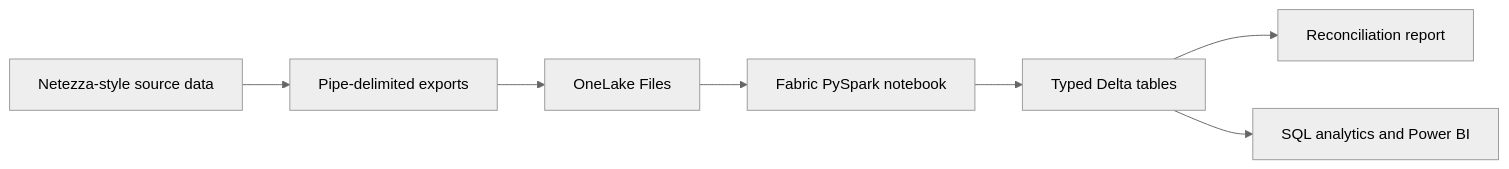
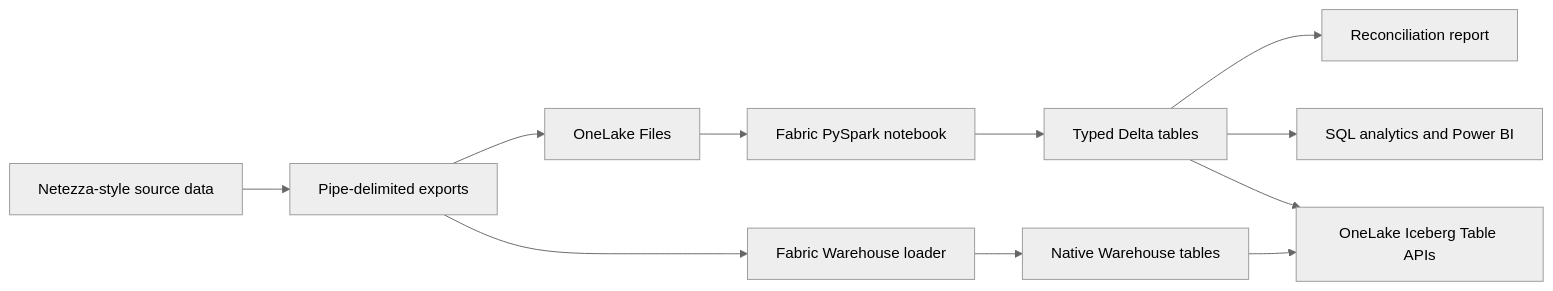
One commit to salavala/fabric-netezza-integration-demo changed the diagram in README.md. Above: the diagram before and after it, drawn with Mermaid (neutral theme). The commit also changed other lines of this file and 5 other files, not shown here.

First line of the commit message:
Add OneLake Iceberg API demo

````diff
--- a/README.md
+++ b/README.md
@@ -27,9 +27,13 @@
 ```mermaid
 flowchart LR
     A[Netezza-style source data] --> B[Pipe-delimited exports]
     B --> C[OneLake Files]
     C --> D[Fabric PySpark notebook]
     D --> E[Typed Delta tables]
     E --> F[Reconciliation report]
     E --> G[SQL analytics and Power BI]
+    E --> H[OneLake Iceberg Table APIs]
+    B --> I[Fabric Warehouse loader]
+    I --> J[Native Warehouse tables]
+    J --> H
 ```
````
